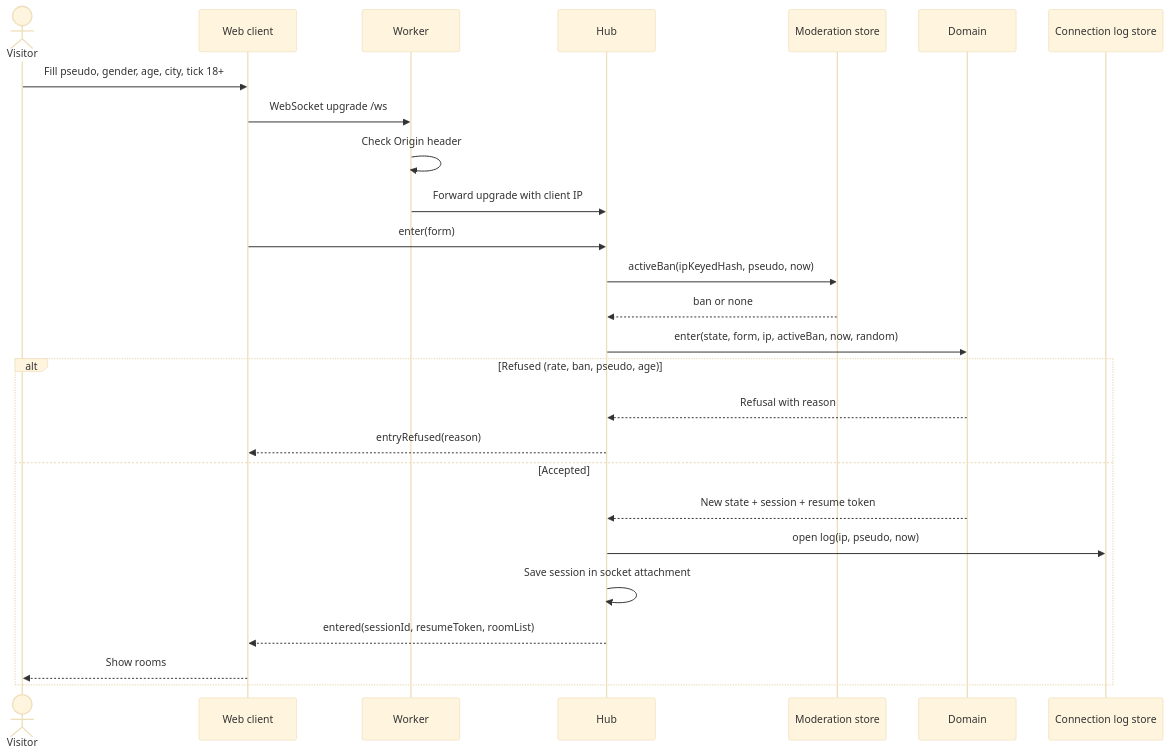
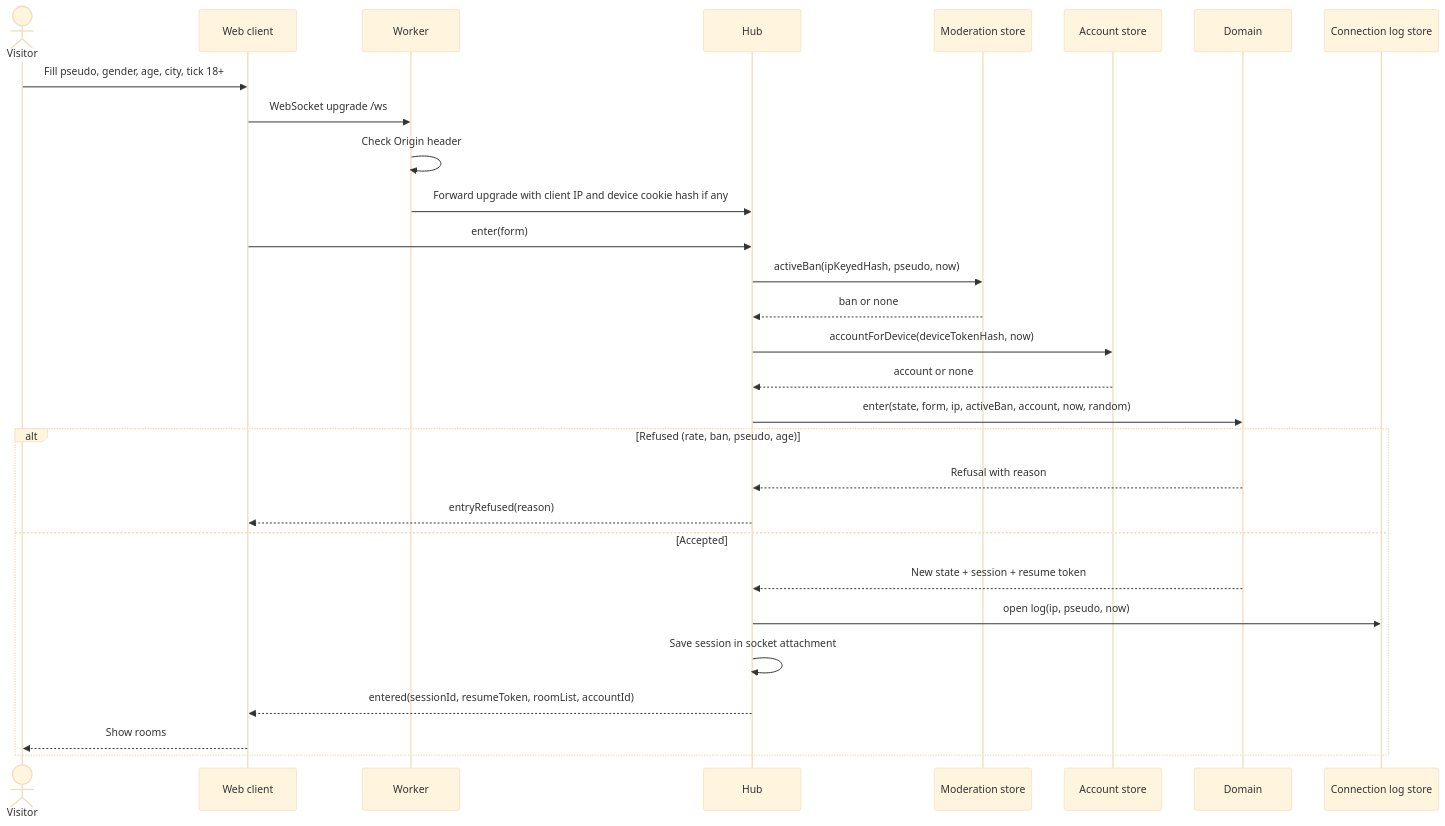
One commit to benoit-bremaud/asv changed the diagram in docs/architecture/diagrams/entry/02a-sequence-enter.md. Above: the diagram before and after it, drawn with Mermaid (base theme). The commit also changed other lines of this file and 43 other files, not shown here.

First line of the commit message:
docs: accounts for private messages, strikes, legal-first roadmap

````diff
--- a/docs/architecture/diagrams/entry/02a-sequence-enter.md
+++ b/docs/architecture/diagrams/entry/02a-sequence-enter.md
@@ -15,28 +15,31 @@
 ```mermaid
 sequenceDiagram
   actor V as Visitor
   participant W as Web client
   participant WK as Worker
   participant H as Hub
   participant ST as Moderation store
+  participant AS as Account store
   participant D as Domain
   participant LS as Connection log store
   V->>W: Fill pseudo, gender, age, city, tick 18+
   W->>WK: WebSocket upgrade /ws
   WK->>WK: Check Origin header
-  WK->>H: Forward upgrade with client IP
+  WK->>H: Forward upgrade with client IP and device cookie hash if any
   W->>H: enter(form)
   H->>ST: activeBan(ipKeyedHash, pseudo, now)
   ST-->>H: ban or none
-  H->>D: enter(state, form, ip, activeBan, now, random)
+  H->>AS: accountForDevice(deviceTokenHash, now)
+  AS-->>H: account or none
+  H->>D: enter(state, form, ip, activeBan, account, now, random)
   alt Refused (rate, ban, pseudo, age)
     D-->>H: Refusal with reason
     H-->>W: entryRefused(reason)
   else Accepted
     D-->>H: New state + session + resume token
     H->>LS: open log(ip, pseudo, now)
     H->>H: Save session in socket attachment
-    H-->>W: entered(sessionId, resumeToken, roomList)
+    H-->>W: entered(sessionId, resumeToken, roomList, accountId)
     W-->>V: Show rooms
   end
 ```
````
